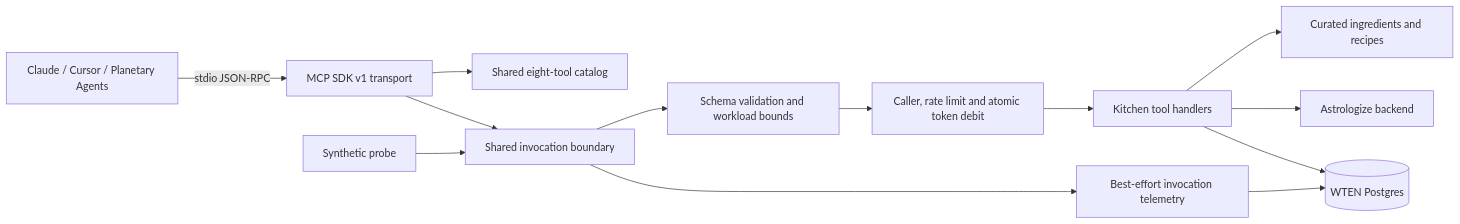
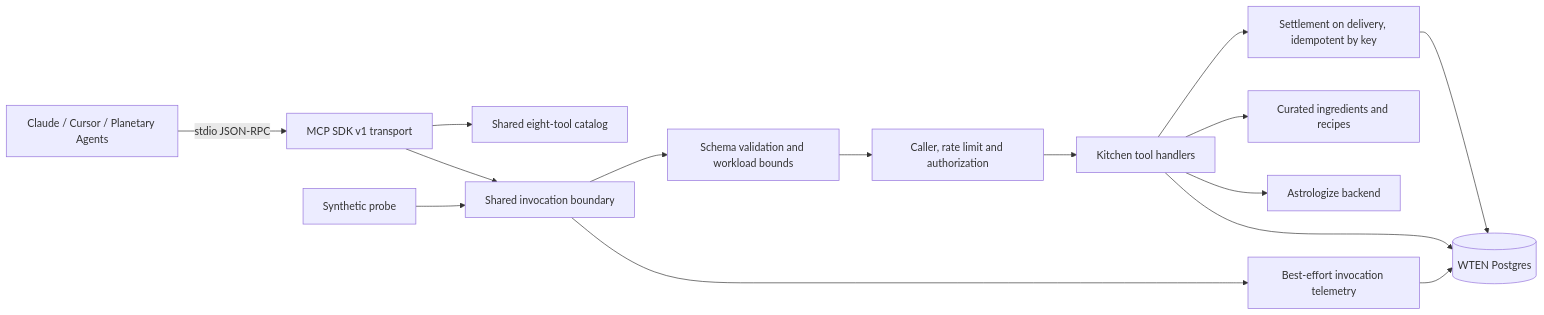
One commit to gregcastro23/WhatToEatNext changed the diagram in mcp-server/ARCHITECTURE.md. Above: the diagram before and after it, drawn with Mermaid. The commit also changed other lines of this file and 54 other files, not shown here.

````diff
--- a/mcp-server/ARCHITECTURE.md
+++ b/mcp-server/ARCHITECTURE.md
@@ -5,15 +5,17 @@
 ```mermaid
 flowchart LR
     Client[Claude / Cursor / Planetary Agents] -->|stdio JSON-RPC| Transport[MCP SDK v1 transport]
     Transport --> Catalog[Shared eight-tool catalog]
     Transport --> Invocation[Shared invocation boundary]
     Probe[Synthetic probe] --> Invocation
     Invocation --> Validation[Schema validation and workload bounds]
-    Validation --> Auth[Caller, rate limit and atomic token debit]
+    Validation --> Auth[Caller, rate limit and authorization]
     Auth --> Kitchen[Kitchen tool handlers]
+    Kitchen --> Settle[Settlement on delivery, idempotent by key]
+    Settle --> WTEN
     Kitchen --> Local[Curated ingredients and recipes]
     Kitchen --> Backend[Astrologize backend]
     Kitchen --> WTEN[(WTEN Postgres)]
     Invocation --> Log[Best-effort invocation telemetry]
     Log --> WTEN
 ```
````
